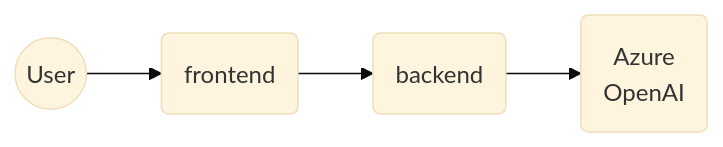
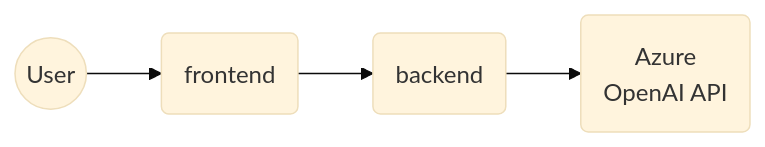
The second of 2 diagrams in README.md (msalemor/openai-content-demos), drawn with Mermaid (base theme) before and after one commit. The commit also changed other lines of this file, not shown here.

````diff
--- a/README.md
+++ b/README.md
@@ -122,6 +122,6 @@
 ```mermaid
 flowchart LR
 A((User)) --> B(frontend)
 B --> C(backend)
-C --> D(Azure<br/>OpenAI)
+C --> D(Azure<br/>OpenAI API)
 ```
````
